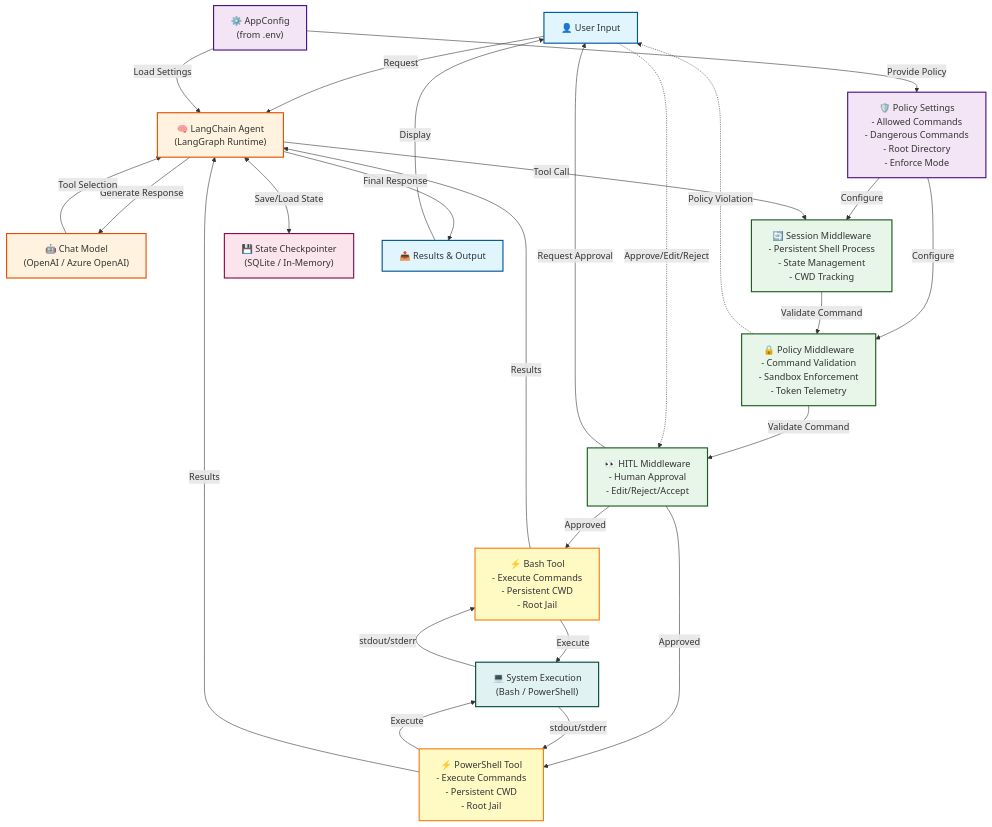
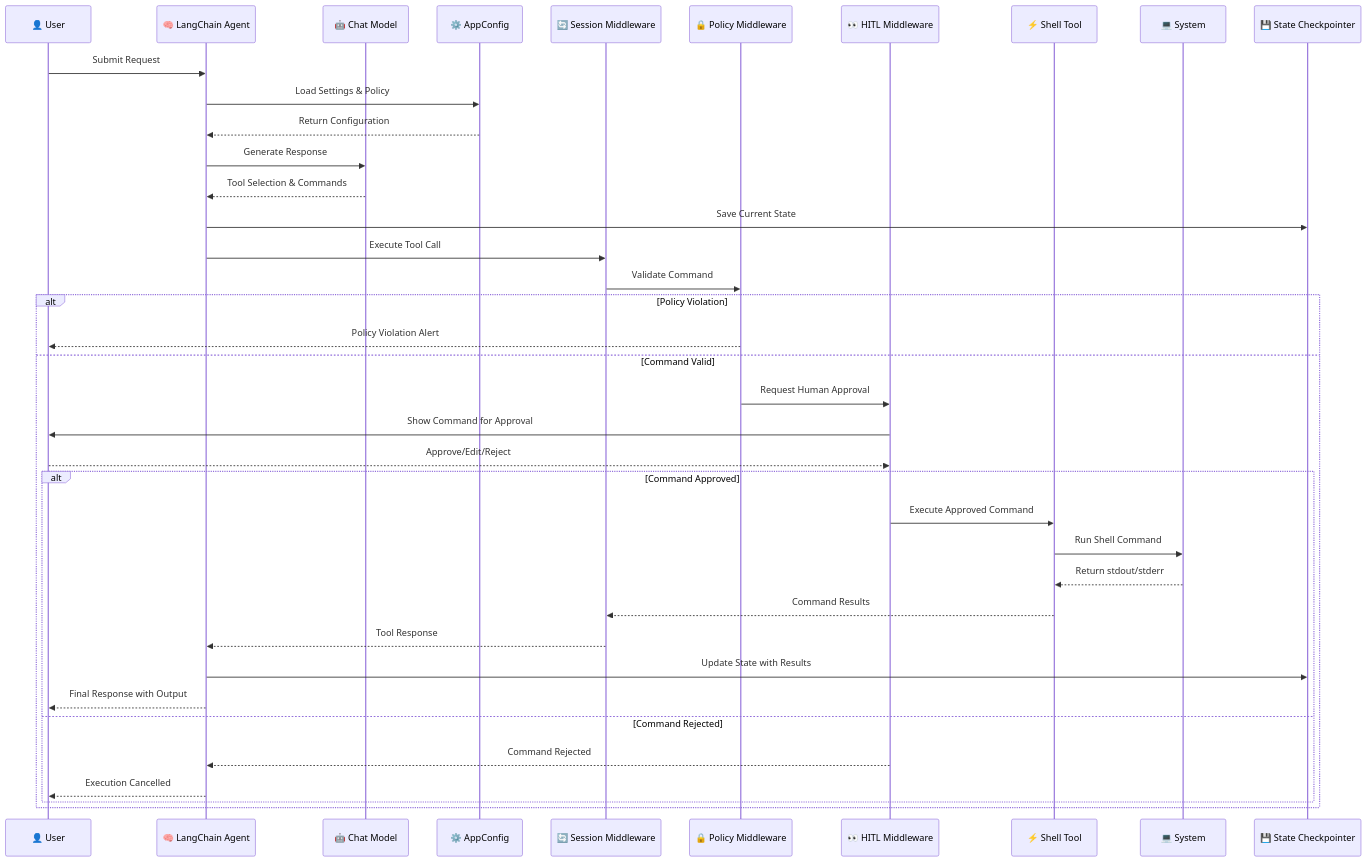
The diagram in README.md (eosho/langchain_terminal_agent), drawn with Mermaid before and after one commit. The commit also changed other lines of this file, not shown here.

Commit message:
refactor architecture overview in README.md to use sequence diagram for clarity

````diff
--- a/README.md
+++ b/README.md
@@ -23,80 +23,46 @@
 ```mermaid
-flowchart TB
-    %% User Layer
-    User["👤 User Input"]
+sequenceDiagram
+    participant User as 👤 User
+    participant Agent as 🧠 LangChain Agent
+    participant LLM as 🤖 Chat Model
+    participant Config as ⚙️ AppConfig
+    participant SessionMW as 🔄 Session Middleware
+    participant PolicyMW as 🔒 Policy Middleware
+    participant HITLMW as 👀 HITL Middleware
+    participant Tool as ⚡ Shell Tool
+    participant System as 💻 System
+    participant State as 💾 State Checkpointer
+
+    User->>Agent: Submit Request
+    Agent->>Config: Load Settings & Policy
+    Config-->>Agent: Return Configuration
     
-    %% Agent Core
-    Agent["🧠 LangChain Agent<br/>(LangGraph Runtime)"]
-    LLM["🤖 Chat Model<br/>(OpenAI / Azure OpenAI)"]
+    Agent->>LLM: Generate Response
+    LLM-->>Agent: Tool Selection & Commands
     
-    %% Configuration
-    Config["⚙️ AppConfig<br/>(from .env)"]
-    Policy["🛡️ Policy Settings<br/>- Allowed Commands<br/>- Dangerous Commands<br/>- Root Directory<br/>- Enforce Mode"]
+    Agent->>State: Save Current State
+    Agent->>SessionMW: Execute Tool Call
     
-    %% Middleware Stack
-    SessionMW["🔄 Session Middleware<br/>- Persistent Shell Process<br/>- State Management<br/>- CWD Tracking"]
-    PolicyMW["🔒 Policy Middleware<br/>- Command Validation<br/>- Sandbox Enforcement<br/>- Token Telemetry"]
-    HITLMW["👀 HITL Middleware<br/>- Human Approval<br/>- Edit/Reject/Accept"]
-    
-    %% Tools
-    BashTool["⚡ Bash Tool<br/>- Execute Commands<br/>- Persistent CWD<br/>- Root Jail"]
-    PowerShellTool["⚡ PowerShell Tool<br/>- Execute Commands<br/>- Persistent CWD<br/>- Root Jail"]
-    
-    %% State Management
-    State["💾 State Checkpointer<br/>(SQLite / In-Memory)"]
-    
-    %% System Output
-    System["💻 System Execution<br/>(Bash / PowerShell)"]
-    Output["📤 Results & Output"]
-    
-    %% Flow connections
-    User -->|"Request"| Agent
-    Config -->|"Load Settings"| Agent
-    Config -->|"Provide Policy"| Policy
-    Policy -->|"Configure"| PolicyMW
-    Policy -->|"Configure"| SessionMW
-    
-    Agent -->|"Generate Response"| LLM
-    LLM -->|"Tool Selection"| Agent
-    
-    Agent -->|"Tool Call"| SessionMW
-    SessionMW -->|"Validate Command"| PolicyMW
-    PolicyMW -->|"Validate Command"| HITLMW
-    PolicyMW -.->|"Policy Violation"| User
-    
-    HITLMW -->|"Request Approval"| User
-    User -.->|"Approve/Edit/Reject"| HITLMW
-    
-    HITLMW -->|"Approved"| BashTool
-    HITLMW -->|"Approved"| PowerShellTool
-    
-    BashTool -->|"Execute"| System
-    PowerShellTool -->|"Execute"| System
-    
-    System -->|"stdout/stderr"| BashTool
-    System -->|"stdout/stderr"| PowerShellTool
-    
-    BashTool -->|"Results"| Agent
-    PowerShellTool -->|"Results"| Agent
-    
-    Agent <-->|"Save/Load State"| State
-    Agent -->|"Final Response"| Output
-    Output -->|"Display"| User
-    
-    %% Styling
-    classDef userClass fill:#e1f5ff,stroke:#01579b,stroke-width:2px
-    classDef agentClass fill:#fff3e0,stroke:#e65100,stroke-width:2px
-    classDef configClass fill:#f3e5f5,stroke:#4a148c,stroke-width:2px
-    classDef middlewareClass fill:#e8f5e9,stroke:#1b5e20,stroke-width:2px
-    classDef toolClass fill:#fff9c4,stroke:#f57f17,stroke-width:2px
-    classDef stateClass fill:#fce4ec,stroke:#880e4f,stroke-width:2px
-    classDef systemClass fill:#e0f2f1,stroke:#004d40,stroke-width:2px
-    
-    class User,Output userClass
-    class Agent,LLM agentClass
-    class Config,Policy configClass
-    class SessionMW,PolicyMW,HITLMW middlewareClass
-    class BashTool,PowerShellTool toolClass
-    class State stateClass
-    class System systemClass
+    SessionMW->>PolicyMW: Validate Command
+    alt Policy Violation
+        PolicyMW-->>User: Policy Violation Alert
+    else Command Valid
+        PolicyMW->>HITLMW: Request Human Approval
+        HITLMW->>User: Show Command for Approval
+        User-->>HITLMW: Approve/Edit/Reject
+        
+        alt Command Approved
+            HITLMW->>Tool: Execute Approved Command
+            Tool->>System: Run Shell Command
+            System-->>Tool: Return stdout/stderr
+            Tool-->>SessionMW: Command Results
+            SessionMW-->>Agent: Tool Response
+            
+            Agent->>State: Update State with Results
+            Agent-->>User: Final Response with Output
+        else Command Rejected
+            HITLMW-->>Agent: Command Rejected
+            Agent-->>User: Execution Cancelled
+        end
+    end
 ```
````
